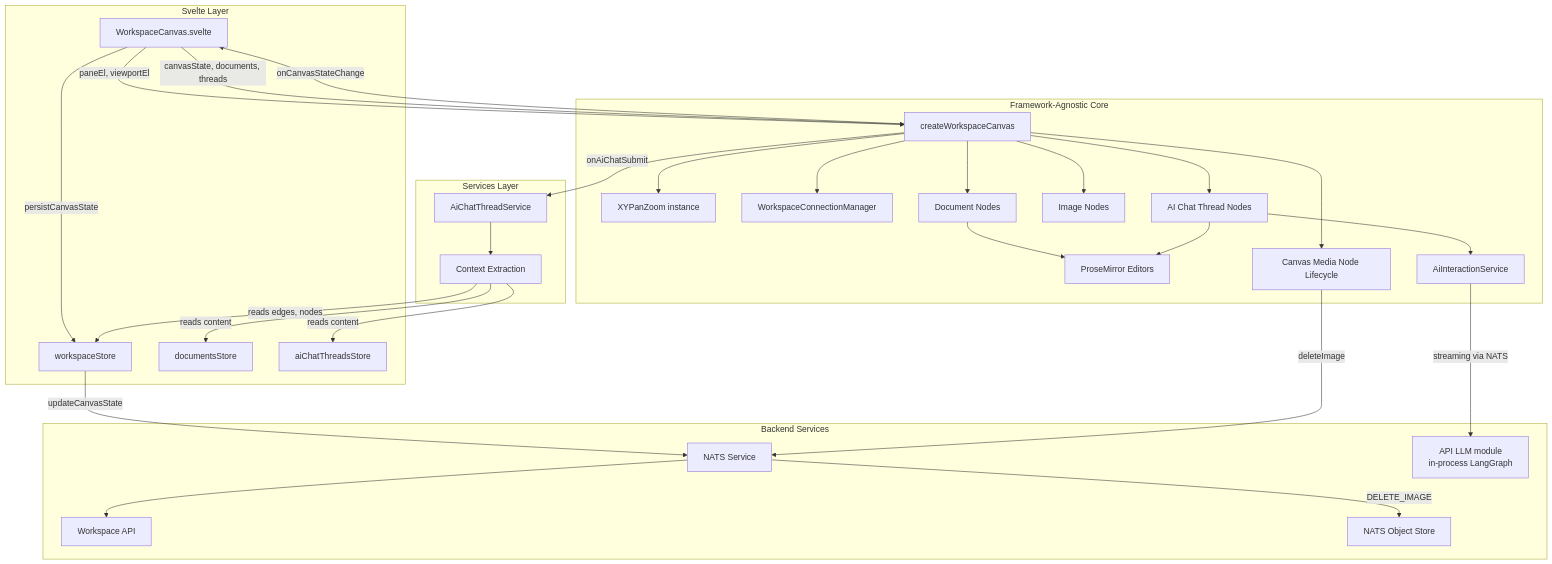
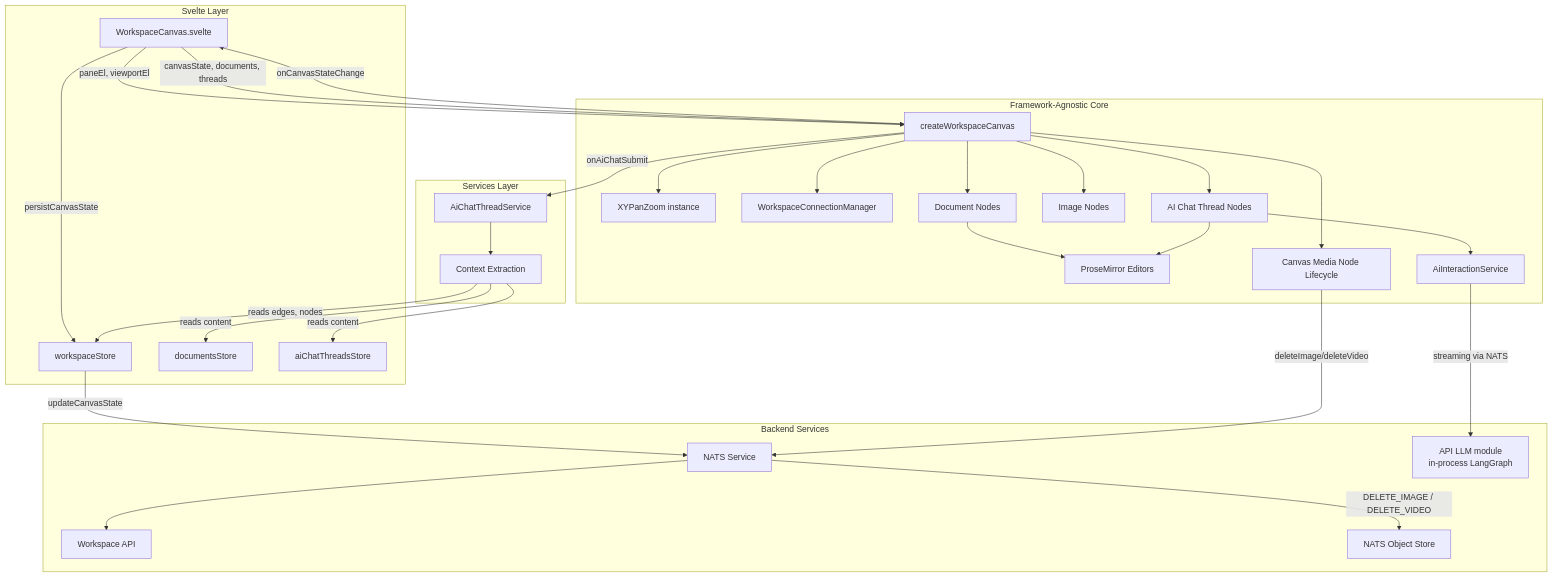
Before and after one commit to Lixpi/lixpi: the first of 3 diagrams in services/web-ui/src/infographics/workspace/README.md, drawn with Mermaid. The commit also changed other lines of this file and 15 other files, not shown here.

````diff
--- a/services/web-ui/src/infographics/workspace/README.md
+++ b/services/web-ui/src/infographics/workspace/README.md
@@ -131,58 +131,58 @@
 ```mermaid
 flowchart TB
     subgraph Svelte["Svelte Layer"]
         WC[WorkspaceCanvas.svelte]
         WS[workspaceStore]
         DS[documentsStore]
         TS[aiChatThreadsStore]
     end
 
     subgraph Core["Framework-Agnostic Core"]
         CC[createWorkspaceCanvas]
         PZ[XYPanZoom instance]
         ECM[WorkspaceConnectionManager]
         DN[Document Nodes]
         IN[Image Nodes]
         TN[AI Chat Thread Nodes]
         PM[ProseMirror Editors]
         AIS[AiInteractionService]
         IL[Canvas Media Node Lifecycle]
     end
 
     subgraph Services["Services Layer"]
         ATS[AiChatThreadService]
         CTX[Context Extraction]
     end
 
     subgraph Backend["Backend Services"]
         NS[NATS Service]
         API[Workspace API]
         LLM[API LLM module<br/>in-process LangGraph]
         OBJ[NATS Object Store]
     end
 
     WC -->|"paneEl, viewportEl"| CC
     WC -->|"canvasState, documents, threads"| CC
     CC -->|"onCanvasStateChange"| WC
     WC -->|"persistCanvasState"| WS
     WS -->|"updateCanvasState"| NS
     NS --> API
 
     CC --> PZ
     CC --> ECM
     CC --> DN
     CC --> IN
     CC --> TN
     DN --> PM
     TN --> PM
     TN --> AIS
     CC -->|"onAiChatSubmit"| ATS
     ATS --> CTX
     CTX -->|"reads edges, nodes"| WS
     CTX -->|"reads content"| DS
     CTX -->|"reads content"| TS
     AIS -->|"streaming via NATS"| LLM
     CC --> IL
-    IL -->|"deleteImage"| NS
-    NS -->|"DELETE_IMAGE"| OBJ
+    IL -->|"deleteImage/deleteVideo"| NS
+    NS -->|"DELETE_IMAGE / DELETE_VIDEO"| OBJ
 ```
````
